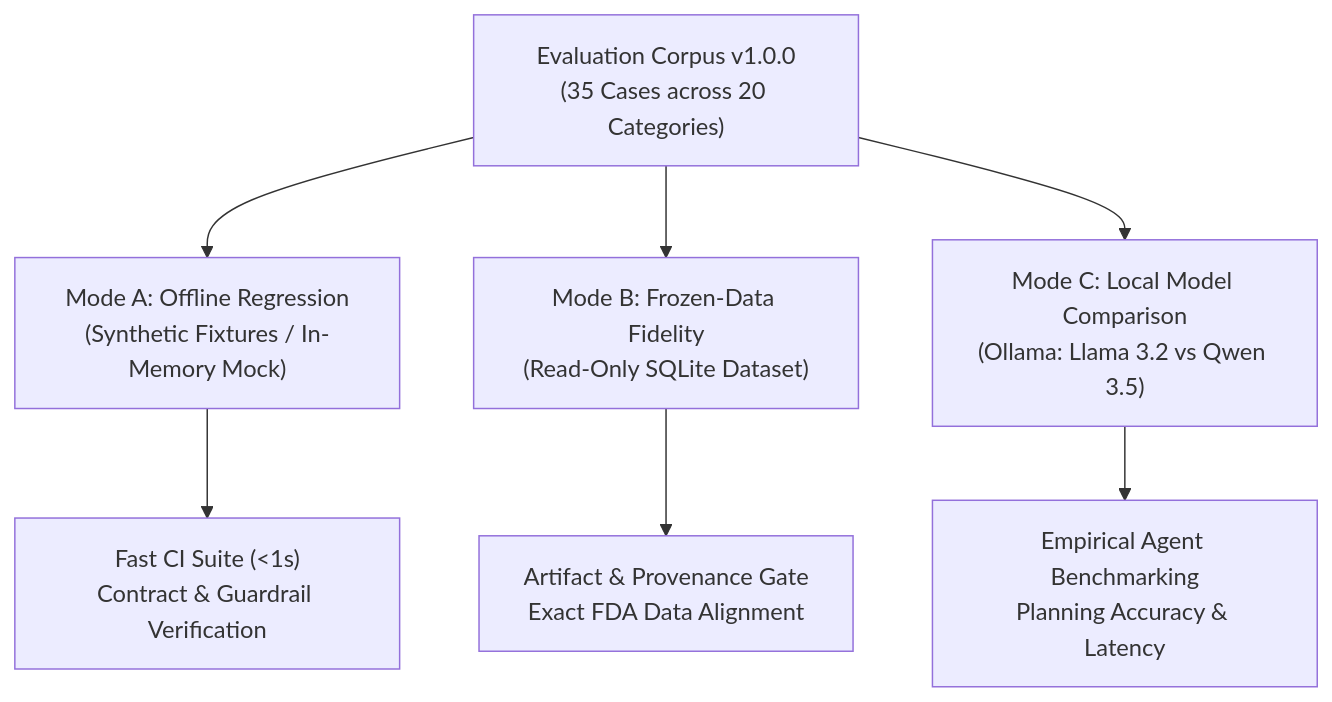
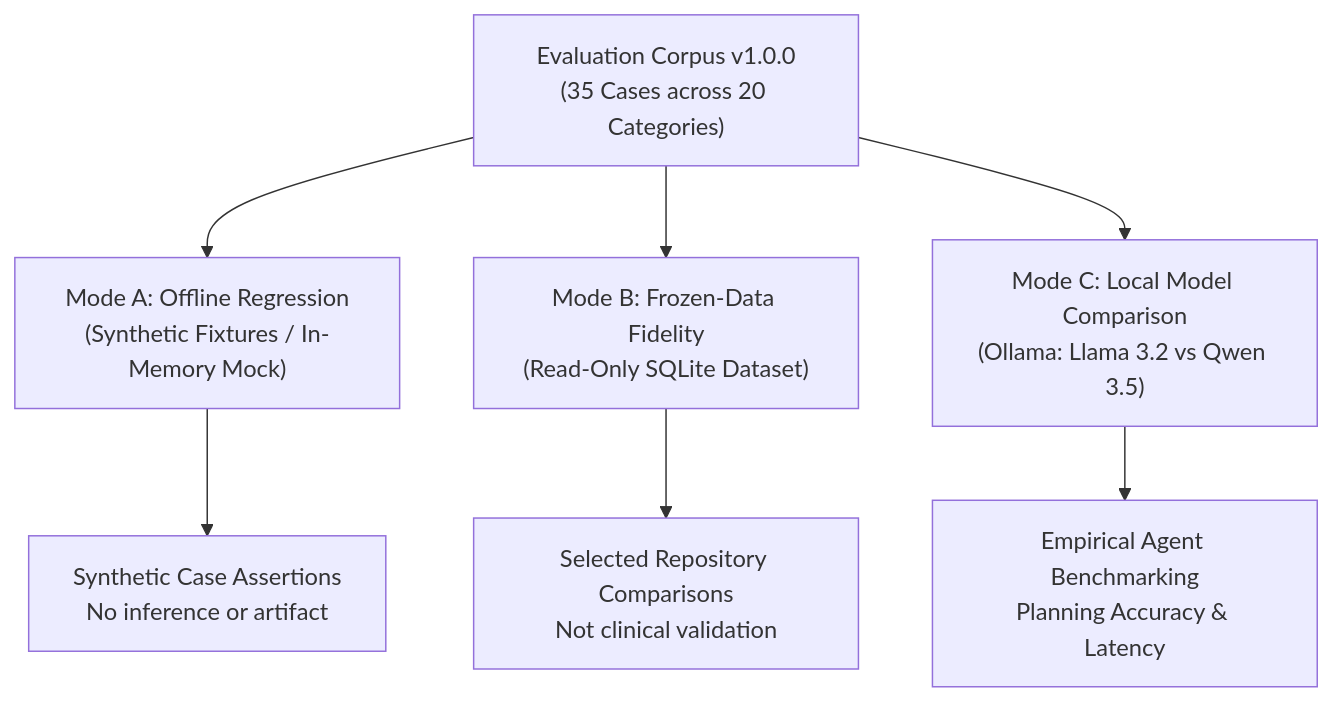
Before and after one commit to ChanduEsukula/dav-ai: the diagram in docs/ai/AGENT_EVALUATION_FRAMEWORK.md, drawn with Mermaid. The commit also changed other lines of this file and 9 other files, not shown here.

````diff
--- a/docs/ai/AGENT_EVALUATION_FRAMEWORK.md
+++ b/docs/ai/AGENT_EVALUATION_FRAMEWORK.md
@@ -22,10 +28,10 @@
 ```mermaid
 flowchart TD
     Corpus["Evaluation Corpus v1.0.0<br/>(35 Cases across 20 Categories)"] --> ModeA["Mode A: Offline Regression<br/>(Synthetic Fixtures / In-Memory Mock)"]
     Corpus --> ModeB["Mode B: Frozen-Data Fidelity<br/>(Read-Only SQLite Dataset)"]
     Corpus --> ModeC["Mode C: Local Model Comparison<br/>(Ollama: Llama 3.2 vs Qwen 3.5)"]
 
-    ModeA --> CI["Fast CI Suite (&lt;1s)<br/>Contract & Guardrail Verification"]
-    ModeB --> Fidelity["Artifact & Provenance Gate<br/>Exact FDA Data Alignment"]
+    ModeA --> CI["Synthetic Case Assertions<br/>No inference or artifact"]
+    ModeB --> Fidelity["Selected Repository Comparisons<br/>Not clinical validation"]
     ModeC --> Benchmark["Empirical Agent Benchmarking<br/>Planning Accuracy & Latency"]
 ```
````
